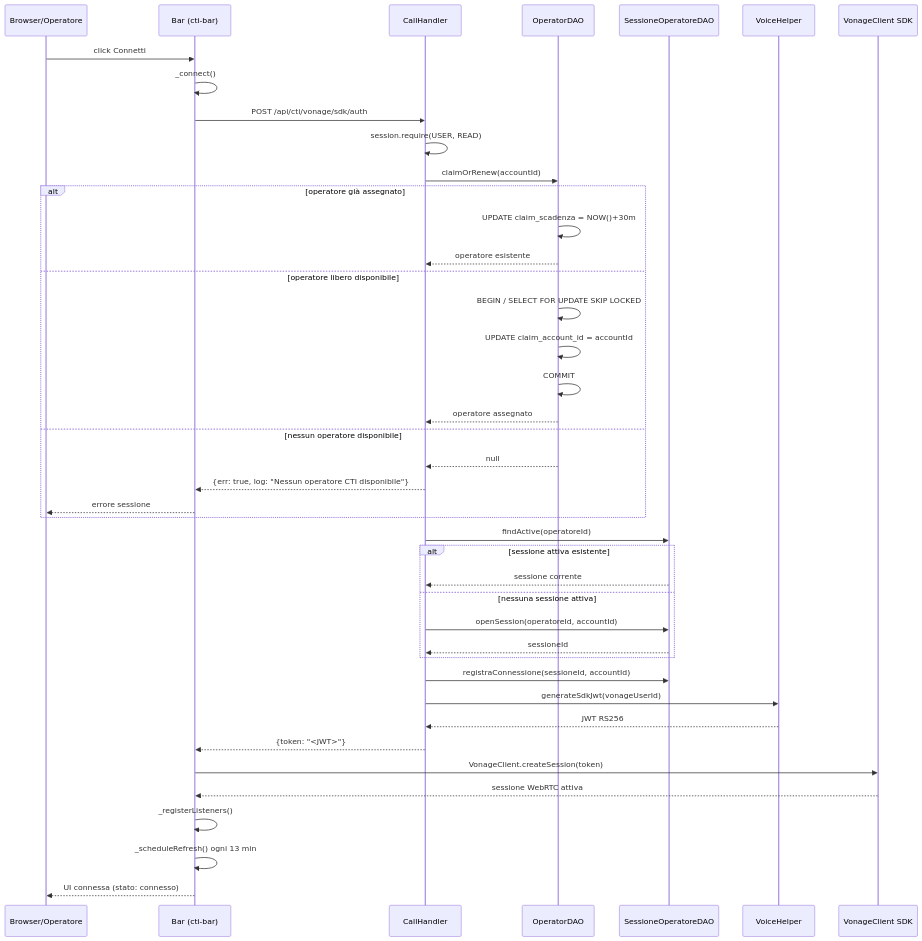
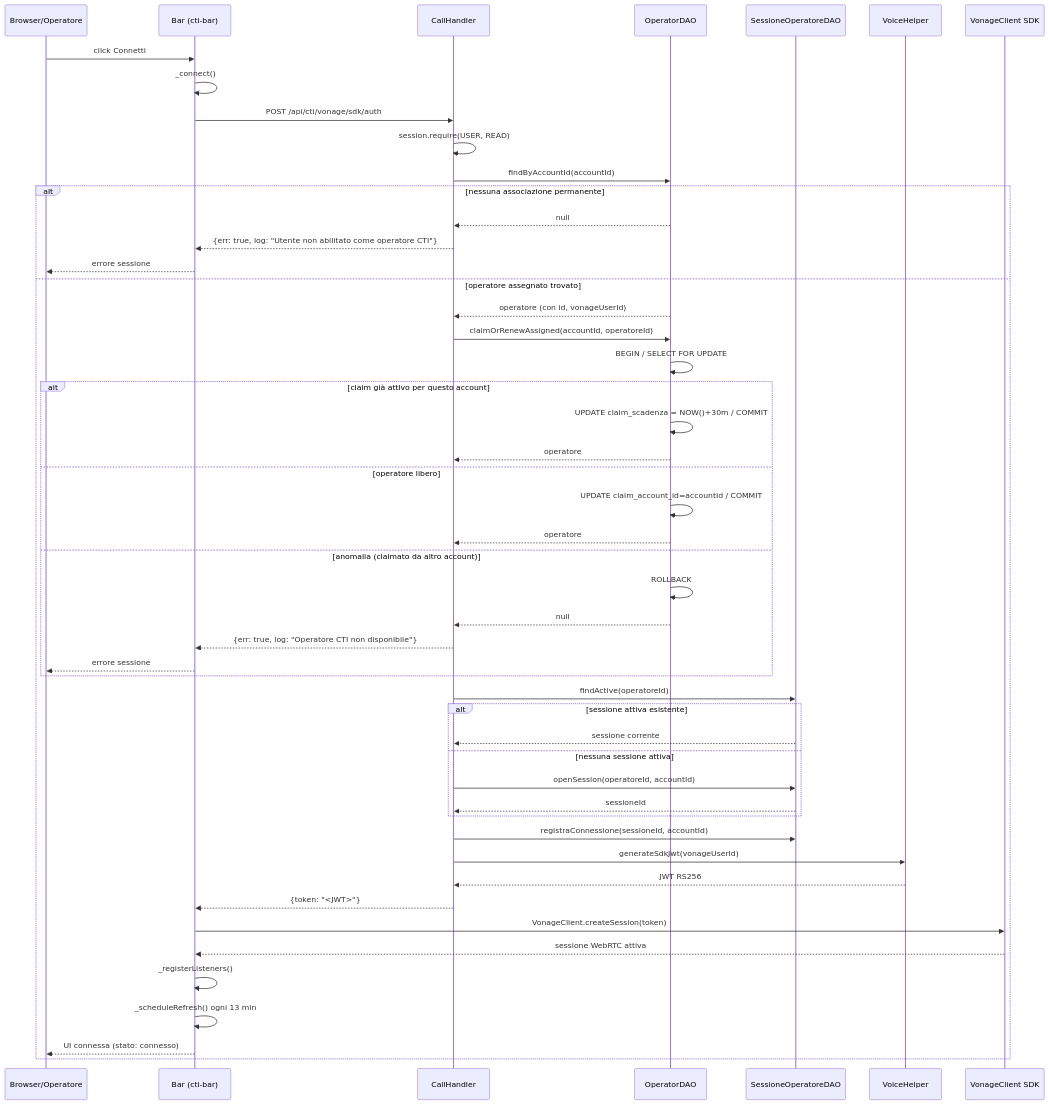
The diagram in module/cti/vonage/docs/core/wf_002_connessione_operatore.md (riccardovacirca/jms), drawn with Mermaid before and after one commit. The commit also changed other lines of this file and 76 other files, not shown here.

````diff
--- a/module/cti/vonage/docs/core/wf_002_connessione_operatore.md
+++ b/module/cti/vonage/docs/core/wf_002_connessione_operatore.md
@@ -59,45 +64,53 @@
 ```mermaid
 sequenceDiagram
     participant Op as Browser/Operatore
     participant Bar as Bar (cti-bar)
     participant Handler as CallHandler
     participant OpDAO as OperatorDAO
     participant SessDAO as SessioneOperatoreDAO
     participant Helper as VoiceHelper
     participant SDK as VonageClient SDK
 
     Op->>Bar: click Connetti
     Bar->>Bar: _connect()
     Bar->>Handler: POST /api/cti/vonage/sdk/auth
     Handler->>Handler: session.require(USER, READ)
-    Handler->>OpDAO: claimOrRenew(accountId)
-    alt operatore già assegnato
-        OpDAO->>OpDAO: UPDATE claim_scadenza = NOW()+30m
-        OpDAO-->>Handler: operatore esistente
-    else operatore libero disponibile
-        OpDAO->>OpDAO: BEGIN / SELECT FOR UPDATE SKIP LOCKED
-        OpDAO->>OpDAO: UPDATE claim_account_id = accountId
-        OpDAO->>OpDAO: COMMIT
-        OpDAO-->>Handler: operatore assegnato
-    else nessun operatore disponibile
+    Handler->>OpDAO: findByAccountId(accountId)
+    alt nessuna associazione permanente
         OpDAO-->>Handler: null
-        Handler-->>Bar: {err: true, log: "Nessun operatore CTI disponibile"}
+        Handler-->>Bar: {err: true, log: "Utente non abilitato come operatore CTI"}
         Bar-->>Op: errore sessione
+    else operatore assegnato trovato
+        OpDAO-->>Handler: operatore (con id, vonageUserId)
+        Handler->>OpDAO: claimOrRenewAssigned(accountId, operatoreId)
+        OpDAO->>OpDAO: BEGIN / SELECT FOR UPDATE
+        alt claim già attivo per questo account
+            OpDAO->>OpDAO: UPDATE claim_scadenza = NOW()+30m / COMMIT
+            OpDAO-->>Handler: operatore
+        else operatore libero
+            OpDAO->>OpDAO: UPDATE claim_account_id=accountId / COMMIT
+            OpDAO-->>Handler: operatore
+        else anomalia (claimato da altro account)
+            OpDAO->>OpDAO: ROLLBACK
+            OpDAO-->>Handler: null
+            Handler-->>Bar: {err: true, log: "Operatore CTI non disponibile"}
+            Bar-->>Op: errore sessione
+        end
+        Handler->>SessDAO: findActive(operatoreId)
+        alt sessione attiva esistente
+            SessDAO-->>Handler: sessione corrente
+        else nessuna sessione attiva
+            Handler->>SessDAO: openSession(operatoreId, accountId)
+            SessDAO-->>Handler: sessioneId
+        end
+        Handler->>SessDAO: registraConnessione(sessioneId, accountId)
+        Handler->>Helper: generateSdkJwt(vonageUserId)
+        Helper-->>Handler: JWT RS256
+        Handler-->>Bar: {token: "<JWT>"}
+        Bar->>SDK: VonageClient.createSession(token)
+        SDK-->>Bar: sessione WebRTC attiva
+        Bar->>Bar: _registerListeners()
+        Bar->>Bar: _scheduleRefresh() ogni 13 min
+        Bar-->>Op: UI connessa (stato: connesso)
     end
-    Handler->>SessDAO: findActive(operatoreId)
-    alt sessione attiva esistente
-        SessDAO-->>Handler: sessione corrente
-    else nessuna sessione attiva
-        Handler->>SessDAO: openSession(operatoreId, accountId)
-        SessDAO-->>Handler: sessioneId
-    end
-    Handler->>SessDAO: registraConnessione(sessioneId, accountId)
-    Handler->>Helper: generateSdkJwt(vonageUserId)
-    Helper-->>Handler: JWT RS256
-    Handler-->>Bar: {token: "<JWT>"}
-    Bar->>SDK: VonageClient.createSession(token)
-    SDK-->>Bar: sessione WebRTC attiva
-    Bar->>Bar: _registerListeners()
-    Bar->>Bar: _scheduleRefresh() ogni 13 min
-    Bar-->>Op: UI connessa (stato: connesso)
 ```
````
